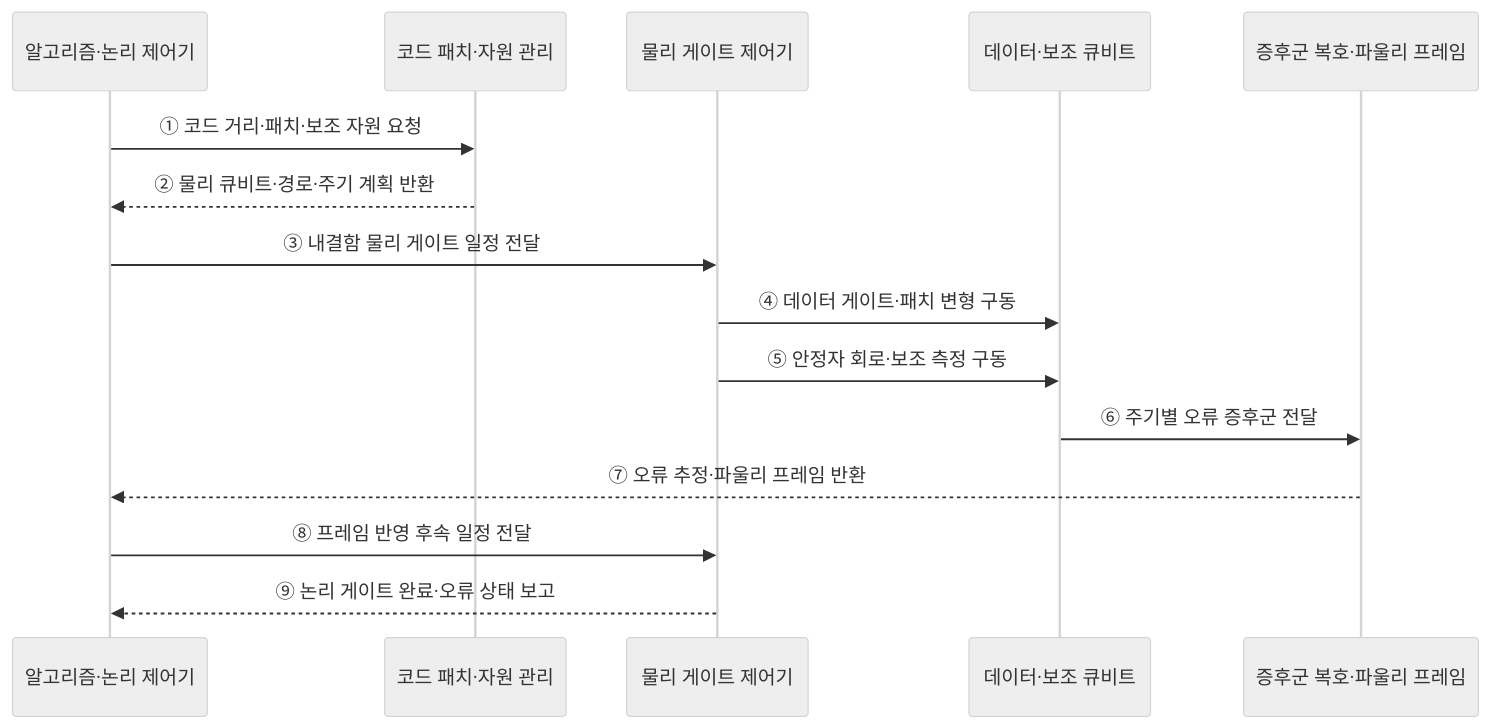
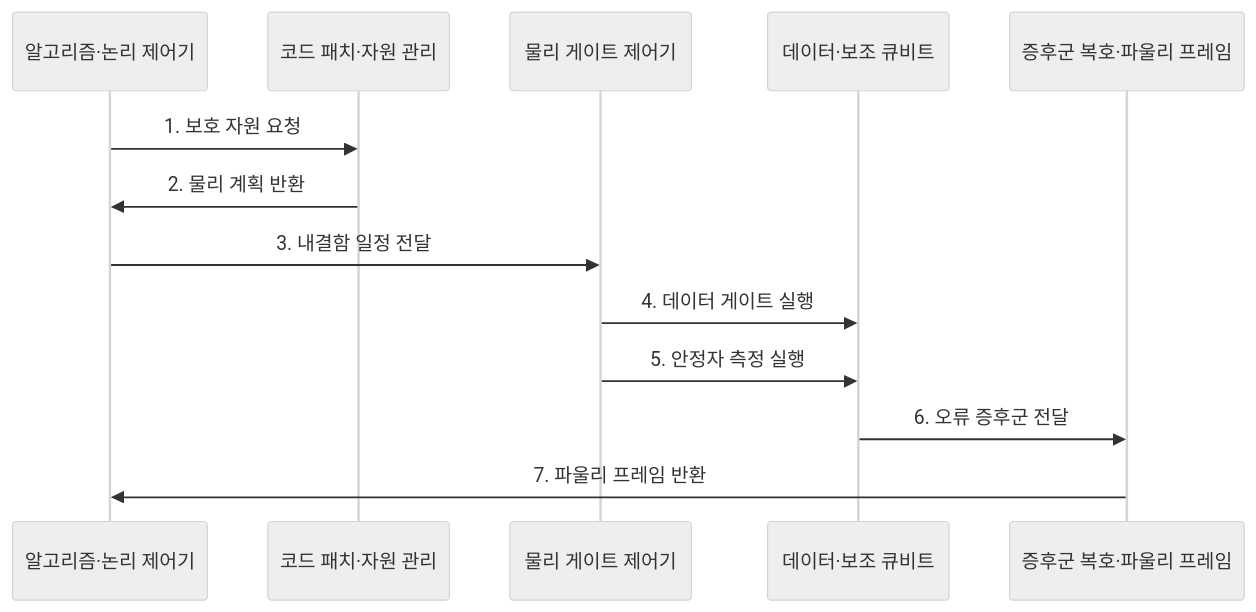
One commit to agnusdei1207/knowledge-base changed the second of 2 diagrams in src/content/docs/notes/02-hardware/075_logical_vs_physical_qubit.md. Above: the diagram before and after it, drawn with Mermaid (neutral theme). The commit also changed other lines of this file and 20 other files, not shown here.

````diff
--- a/src/content/docs/notes/02-hardware/075_logical_vs_physical_qubit.md
+++ b/src/content/docs/notes/02-hardware/075_logical_vs_physical_qubit.md
@@ -75,18 +84,16 @@
 ```mermaid
 sequenceDiagram
     participant A as 알고리즘·논리 제어기
     participant P as 코드 패치·자원 관리
     participant C as 물리 게이트 제어기
     participant Q as 데이터·보조 큐비트
     participant R as 증후군 복호·파울리 프레임
 
-    A->>P: ① 코드 거리·패치·보조 자원 요청
-    P-->>A: ② 물리 큐비트·경로·주기 계획 반환
-    A->>C: ③ 내결함 물리 게이트 일정 전달
-    C->>Q: ④ 데이터 게이트·패치 변형 구동
-    C->>Q: ⑤ 안정자 회로·보조 측정 구동
-    Q->>R: ⑥ 주기별 오류 증후군 전달
-    R-->>A: ⑦ 오류 추정·파울리 프레임 반환
-    A->>C: ⑧ 프레임 반영 후속 일정 전달
-    C-->>A: ⑨ 논리 게이트 완료·오류 상태 보고
+    A->>P: 1. 보호 자원 요청
+    P->>A: 2. 물리 계획 반환
+    A->>C: 3. 내결함 일정 전달
+    C->>Q: 4. 데이터 게이트 실행
+    C->>Q: 5. 안정자 측정 실행
+    Q->>R: 6. 오류 증후군 전달
+    R->>A: 7. 파울리 프레임 반환
 ```
````
